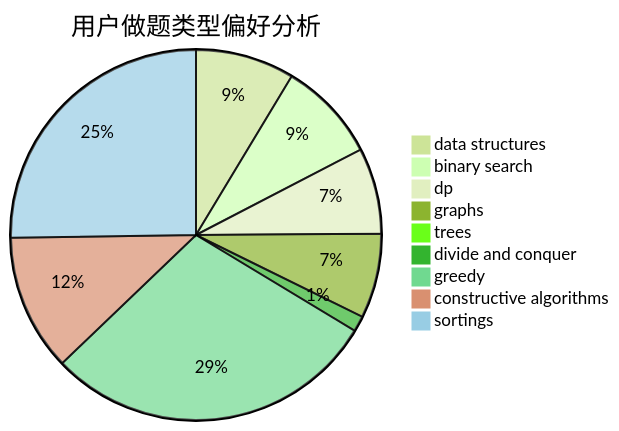
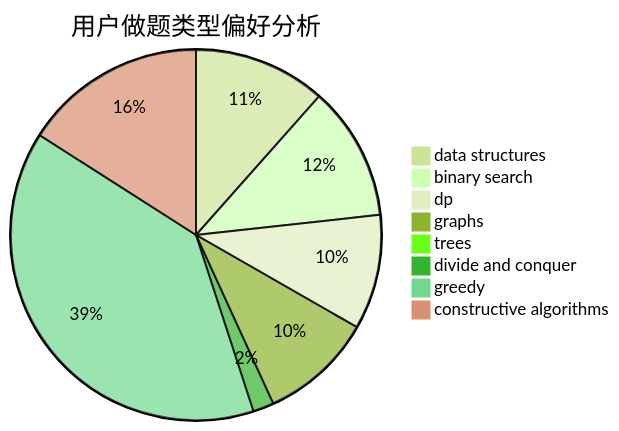
One commit to sherpahu/cfrs.github.io changed the second of 3 diagrams in docs/user/u1907.md. Above: the diagram before and after it, drawn with Mermaid (forest theme). The commit also changed other lines of this file and 2769 other files, not shown here.

````diff
--- a/docs/user/u1907.md
+++ b/docs/user/u1907.md
@@ -18,12 +18,11 @@
 ```mermaid
 pie title 用户做题类型偏好分析
     "data structures" :  76
     "binary search" :  77
     "dp" :  66
     "graphs" :  65
     "trees" :  3
     "divide and conquer" :  12
     "greedy" :  257
     "constructive algorithms" :  105
-    "sortings" :  222
 ```
````
